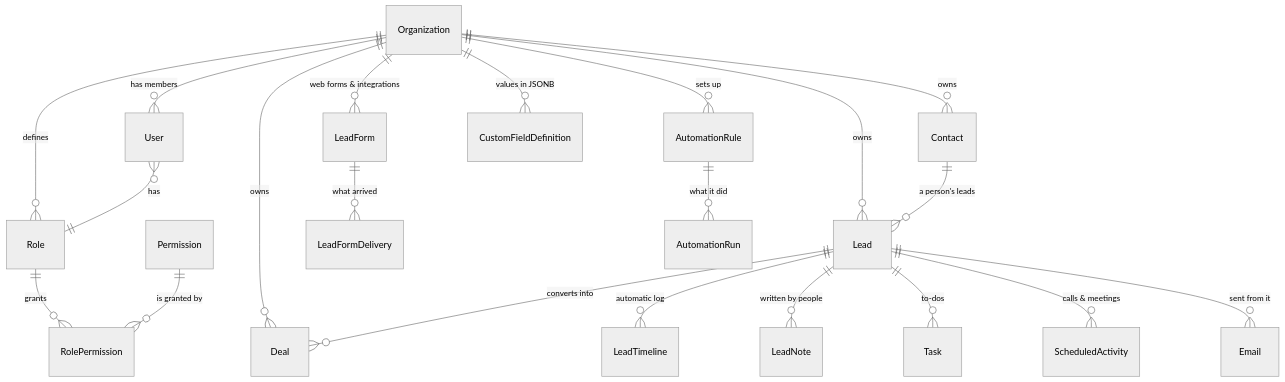
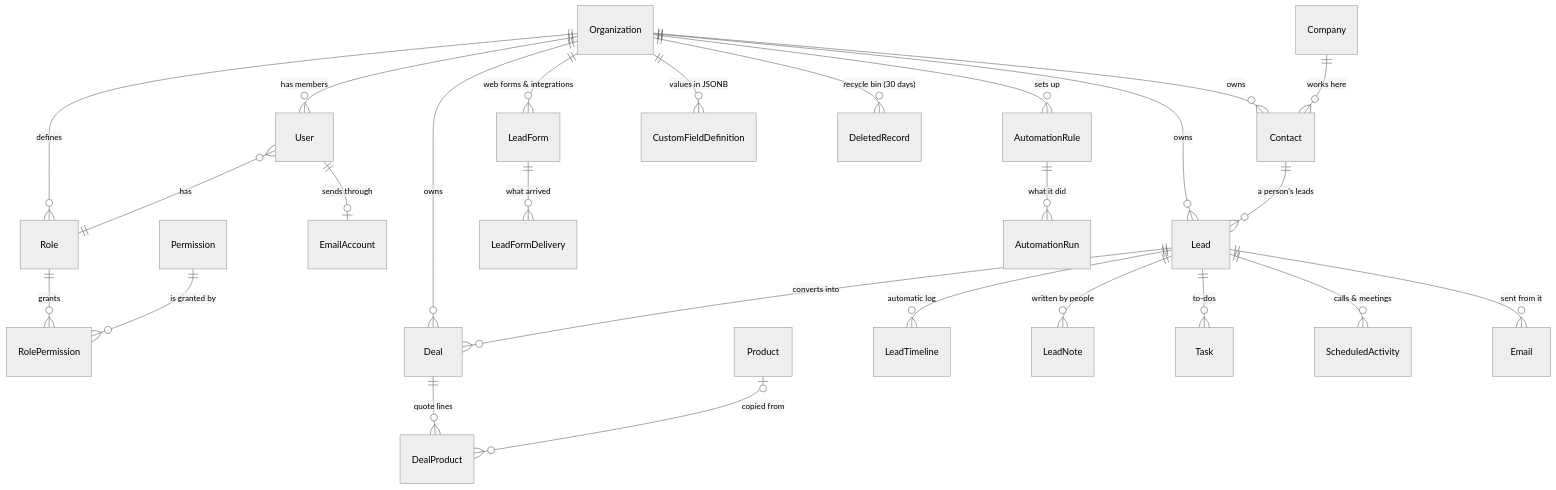
Before and after one commit to kavya-thakur/crm: the seventh of 7 diagrams in README.md, drawn with Mermaid (neutral theme). The commit also changed other lines of this file and 143 other files, not shown here.

First line of the commit message:
Companies, products and quotes, calendar, recycle bin, log in as, site admin

````diff
--- a/README.md
+++ b/README.md
@@ -489,25 +503,30 @@
 ```mermaid
 erDiagram
     Organization ||--o{ User : "has members"
     Organization ||--o{ Role : defines
     Role ||--o{ RolePermission : grants
     Permission ||--o{ RolePermission : "is granted by"
     User }o--|| Role : has
+    User ||--o| EmailAccount : "sends through"
 
     Organization ||--o{ Lead : owns
     Organization ||--o{ Contact : owns
     Organization ||--o{ Deal : owns
     Contact ||--o{ Lead : "a person's leads"
+    Company ||--o{ Contact : "works here"
     Lead ||--o{ Deal : "converts into"
+    Deal ||--o{ DealProduct : "quote lines"
+    Product |o--o{ DealProduct : "copied from"
     Lead ||--o{ LeadTimeline : "automatic log"
     Lead ||--o{ LeadNote : "written by people"
     Lead ||--o{ Task : "to-dos"
     Lead ||--o{ ScheduledActivity : "calls & meetings"
     Lead ||--o{ Email : "sent from it"
 
     Organization ||--o{ LeadForm : "web forms & integrations"
     LeadForm ||--o{ LeadFormDelivery : "what arrived"
     Organization ||--o{ AutomationRule : "sets up"
     AutomationRule ||--o{ AutomationRun : "what it did"
     Organization ||--o{ CustomFieldDefinition : "values in JSONB"
+    Organization ||--o{ DeletedRecord : "recycle bin (30 days)"
 ```
````
